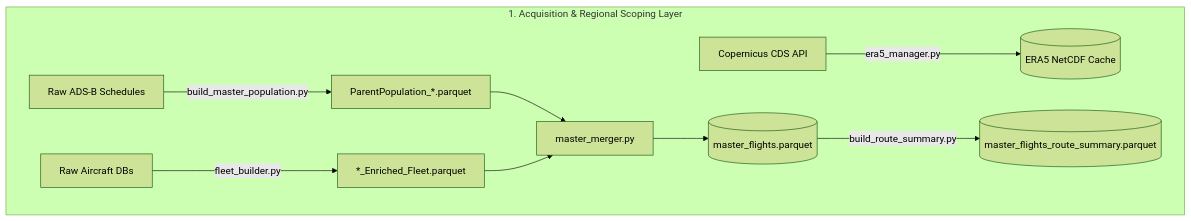
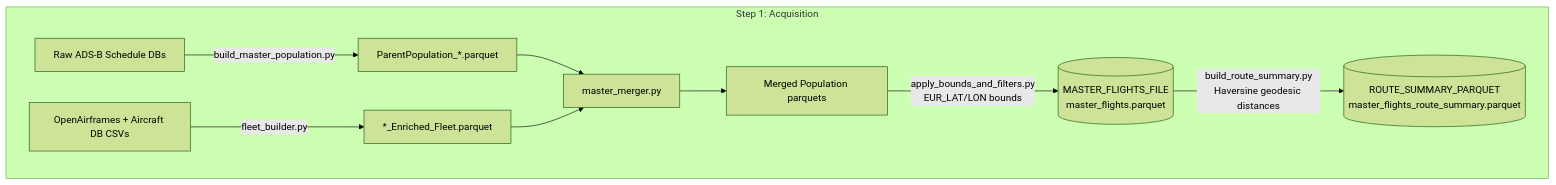
One commit to Bauzement123/flight-physics-pipeline changed the first of 8 diagrams in src/Architecture Blueprint.md. Above: the diagram before and after it, drawn with Mermaid (forest theme). The commit also changed other lines of this file and 1 other file, not shown here.

First line of the commit message:
docs: refactor README and Architecture Blueprint for 8-step pipeline

````diff
--- a/src/Architecture Blueprint.md
+++ b/src/Architecture Blueprint.md
@@ -336,14 +357,12 @@
 ```mermaid
 flowchart TD
-    subgraph Acquisition ["1. Acquisition & Regional Scoping Layer"]
-        A1[Raw ADS-B Schedules] -->|build_master_population.py| A2["ParentPopulation_*.parquet"]
-        B1[Raw Aircraft DBs] -->|fleet_builder.py| B2["*_Enriched_Fleet.parquet"]
-        W1[Copernicus CDS API] -->|era5_manager.py| W2[(ERA5 NetCDF Cache)]
-        
+    subgraph Acquisition ["Step 1: Acquisition"]
+        A1[Raw ADS-B Schedule DBs] -->|build_master_population.py| A2["ParentPopulation_*.parquet"]
+        B1[OpenAirframes + Aircraft DB CSVs] -->|fleet_builder.py| B2["*_Enriched_Fleet.parquet"]
         A2 --> M[master_merger.py]
         B2 --> M
-        M --> C[(master_flights.parquet)]
-        
-        C -->|build_route_summary.py| D[(master_flights_route_summary.parquet)]
+        M --> C["Merged Population parquets"]
+        C -->|apply_bounds_and_filters.py\nEUR_LAT/LON bounds| D[("MASTER_FLIGHTS_FILE\nmaster_flights.parquet")]
+        D -->|build_route_summary.py\nHaversine geodesic distances| E[("ROUTE_SUMMARY_PARQUET\nmaster_flights_route_summary.parquet")]
     end
 ```
````
